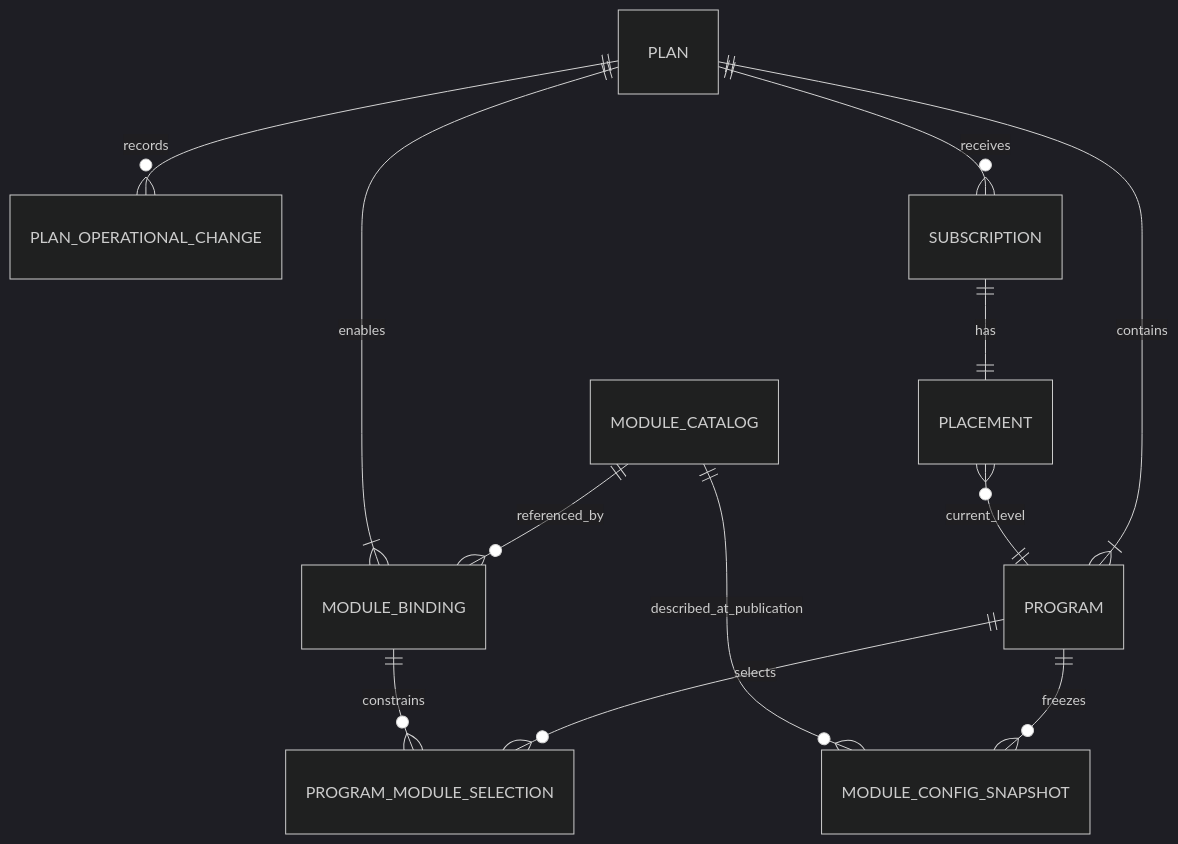
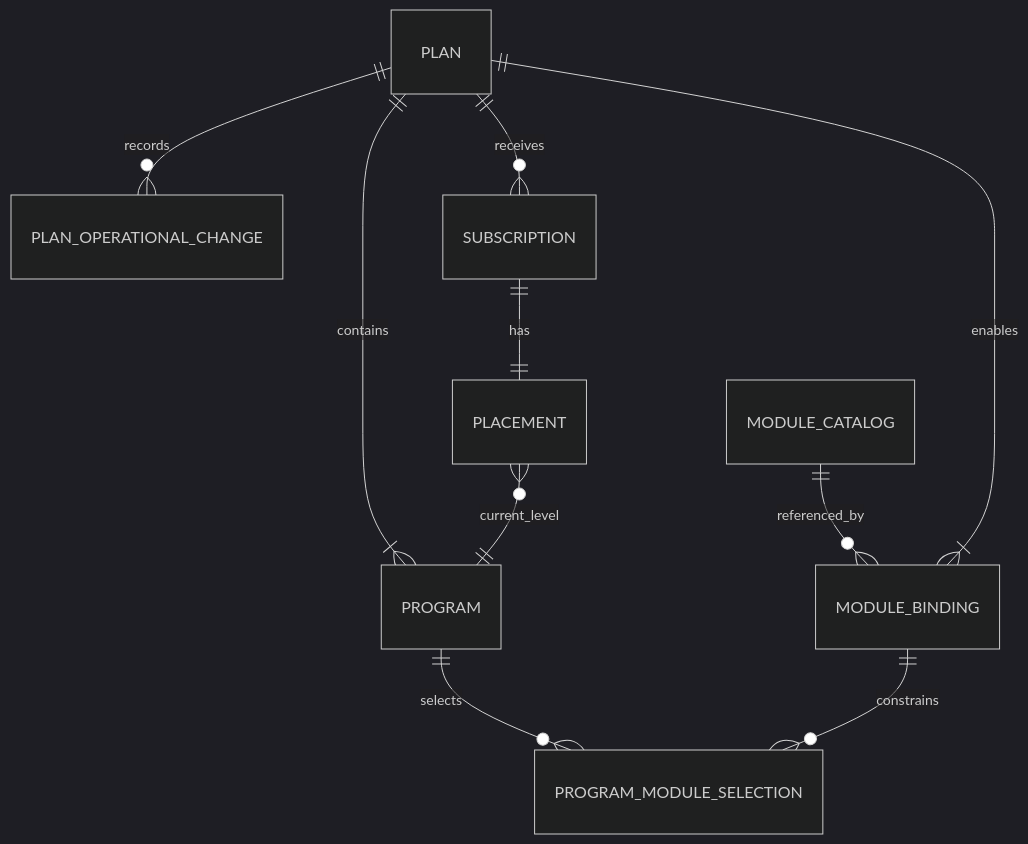
The diagram in docs/bds/plans-and-subscriptions.bds.md (MMTech-Solutions/ib-service), drawn with Mermaid (dark theme) before and after one commit. The commit also changed other lines of this file and 42 other files, not shown here.

````diff
--- a/docs/bds/plans-and-subscriptions.bds.md
+++ b/docs/bds/plans-and-subscriptions.bds.md
@@ -41,14 +39,12 @@
 ```mermaid
 erDiagram
     MODULE_CATALOG ||--o{ MODULE_BINDING : referenced_by
     PLAN ||--|{ PROGRAM : contains
     PLAN ||--|{ MODULE_BINDING : enables
     PLAN ||--o{ PLAN_OPERATIONAL_CHANGE : records
     PROGRAM ||--o{ PROGRAM_MODULE_SELECTION : selects
     MODULE_BINDING ||--o{ PROGRAM_MODULE_SELECTION : constrains
-    PROGRAM ||--o{ MODULE_CONFIG_SNAPSHOT : freezes
-    MODULE_CATALOG ||--o{ MODULE_CONFIG_SNAPSHOT : described_at_publication
     PLAN ||--o{ SUBSCRIPTION : receives
     SUBSCRIPTION ||--|| PLACEMENT : has
     PLACEMENT }o--|| PROGRAM : current_level
 ```
````
